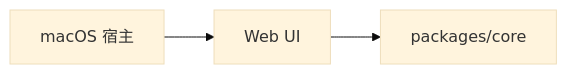
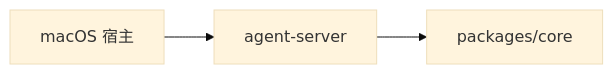
Before and after one commit to Lixuhang987/SpotAgent: the diagram in apps/apps.md, drawn with Mermaid (base theme). The commit also changed other lines of this file and 26 other files, not shown here.

````diff
--- a/apps/apps.md
+++ b/apps/apps.md
@@ -13,5 +13,5 @@
 ```mermaid
 flowchart LR
-  A[macOS 宿主] --> B[Web UI]
+  A[macOS 宿主] --> B[agent-server]
   B --> C[packages/core]
 ```
````
